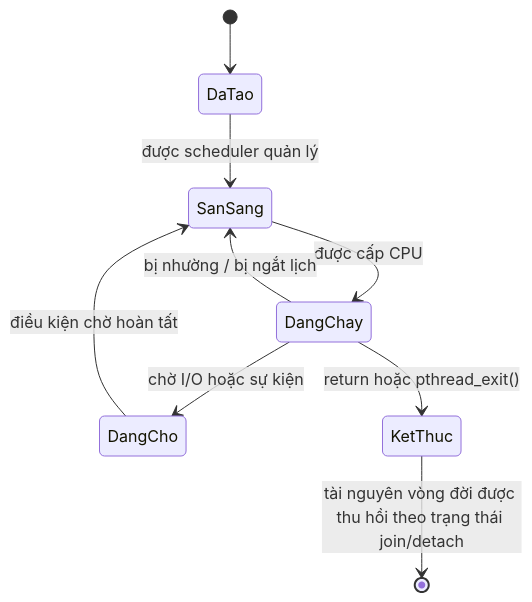
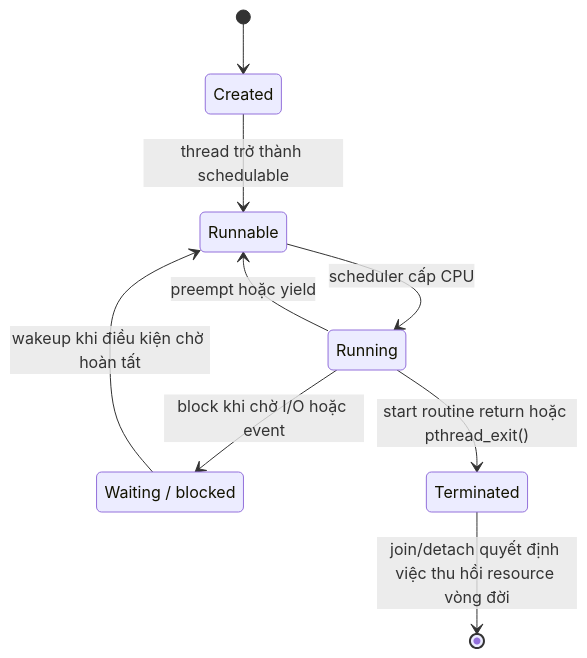
Before and after one commit to hai-kevins/embedded-linux: the diagram in phase-01/README-topic-06.md, drawn with Mermaid. The commit also changed other lines of this file and 8 other files, not shown here.

````diff
--- a/phase-01/README-topic-06.md
+++ b/phase-01/README-topic-06.md
@@ -571,11 +571,17 @@
 ```mermaid
 stateDiagram-v2
-    [*] --> DaTao
-    DaTao --> SanSang: được scheduler quản lý
-    SanSang --> DangChay: được cấp CPU
-    DangChay --> SanSang: bị nhường / bị ngắt lịch
-    DangChay --> DangCho: chờ I/O hoặc sự kiện
-    DangCho --> SanSang: điều kiện chờ hoàn tất
-    DangChay --> KetThuc: return hoặc pthread_exit()
-    KetThuc --> [*]: tài nguyên vòng đời được thu hồi theo trạng thái join/detach
+    state "Created" as Created
+    state "Runnable" as Runnable
+    state "Running" as Running
+    state "Waiting / blocked" as Waiting
+    state "Terminated" as Terminated
+
+    [*] --> Created
+    Created --> Runnable: thread trở thành schedulable
+    Runnable --> Running: scheduler cấp CPU
+    Running --> Runnable: preempt hoặc yield
+    Running --> Waiting: block khi chờ I/O hoặc event
+    Waiting --> Runnable: wakeup khi điều kiện chờ hoàn tất
+    Running --> Terminated: start routine return hoặc pthread_exit()
+    Terminated --> [*]: join/detach quyết định việc thu hồi resource vòng đời
 ```
````
